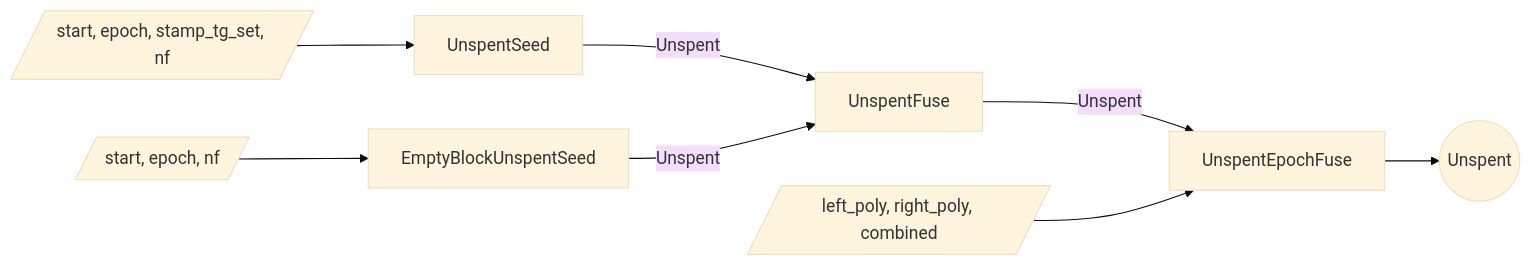
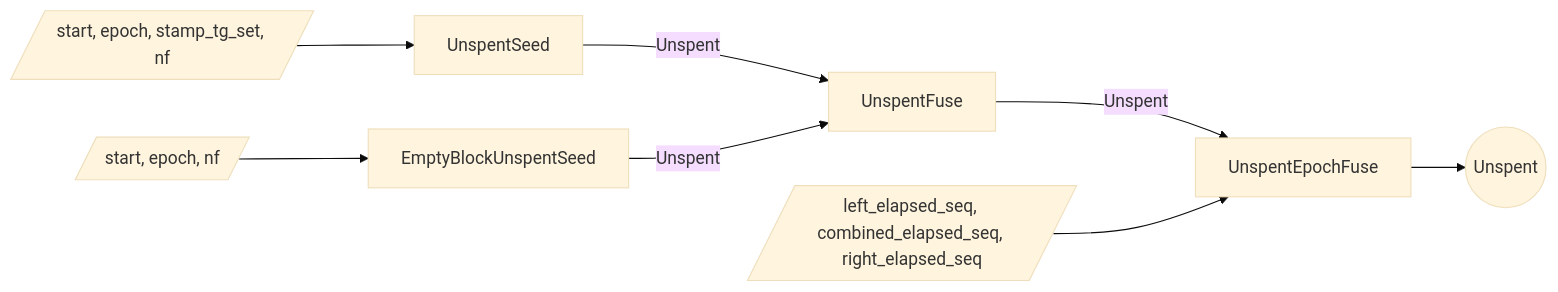
The third of 3 diagrams in book/src/proof-tree.md (tachyon-zcash/tachyon), drawn with Mermaid (base theme) before and after one commit. The commit also changed other lines of this file and 22 other files, not shown here.

````diff
--- a/book/src/proof-tree.md
+++ b/book/src/proof-tree.md
@@ -291,19 +296,19 @@
 ```mermaid
 flowchart LR
   w_seed[/start, epoch, stamp_tg_set, nf/]
   s_useed[UnspentSeed]
   w_empty[/start, epoch, nf/]
   s_uempty[EmptyBlockUnspentSeed]
   s_ufuse[UnspentFuse]
-  w_efuse[/left_poly, right_poly, combined/]
+  w_efuse[/left_elapsed_seq, combined_elapsed_seq, right_elapsed_seq/]
   s_efuse[UnspentEpochFuse]
   unspent_out((Unspent))
 
   w_seed --> s_useed
   w_empty --> s_uempty
   s_useed -->|Unspent| s_ufuse
   s_uempty -->|Unspent| s_ufuse
   s_ufuse -->|Unspent| s_efuse
   w_efuse --> s_efuse
   s_efuse --> unspent_out
 ```
````
